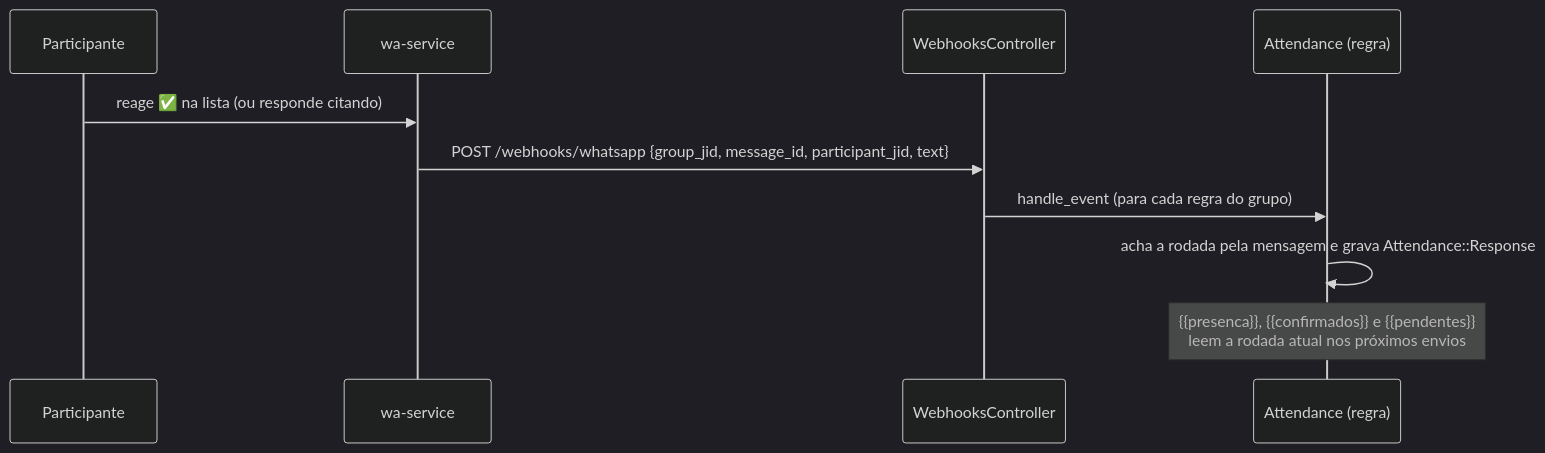
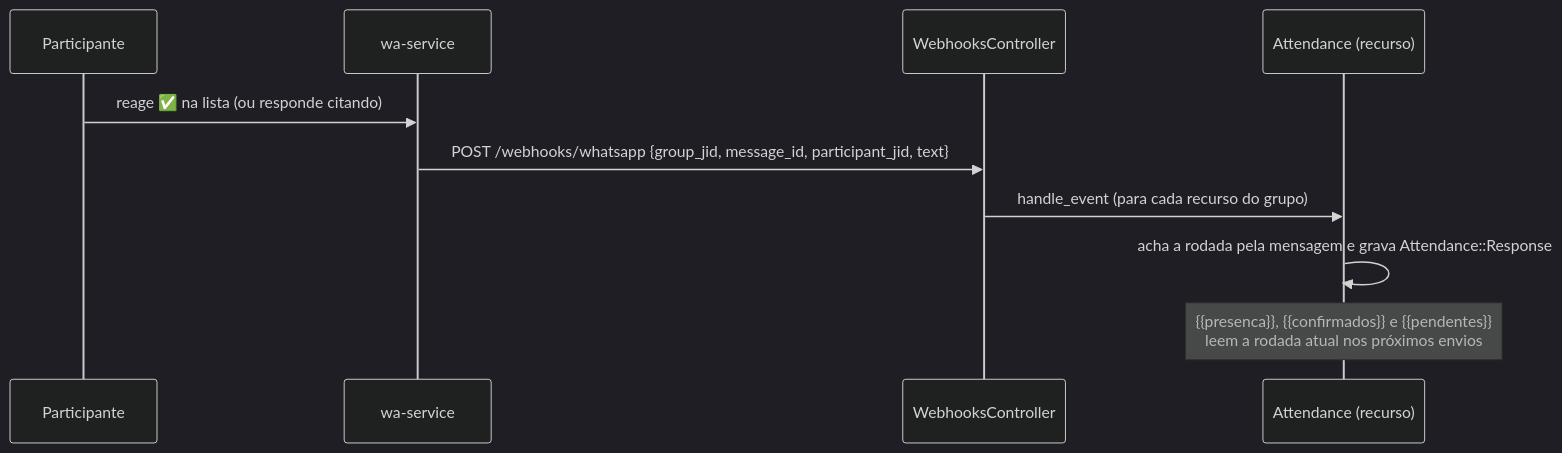
The third of 4 diagrams in README.md (caiovitorsantos/cynthia), drawn with Mermaid (dark theme) before and after one commit. The commit also changed other lines of this file and 58 other files, not shown here.

````diff
--- a/README.md
+++ b/README.md
@@ -146,13 +152,13 @@
 ```mermaid
 sequenceDiagram
     participant P as Participante
     participant W as wa-service
     participant WH as WebhooksController
-    participant A as Attendance (regra)
+    participant A as Attendance (recurso)
 
     P->>W: reage ✅ na lista (ou responde citando)
     W->>WH: POST /webhooks/whatsapp {group_jid, message_id, participant_jid, text}
-    WH->>A: handle_event (para cada regra do grupo)
+    WH->>A: handle_event (para cada recurso do grupo)
     A->>A: acha a rodada pela mensagem e grava Attendance::Response
     Note over A: {{presenca}}, {{confirmados}} e {{pendentes}}<br/>leem a rodada atual nos próximos envios
 ```
````
